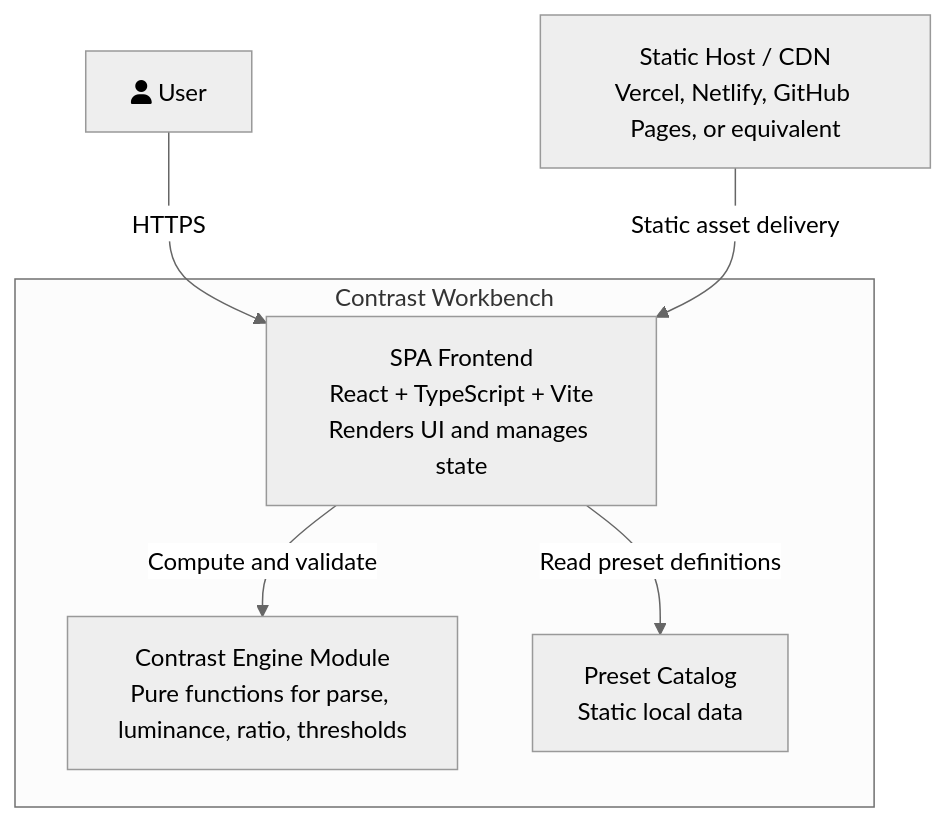
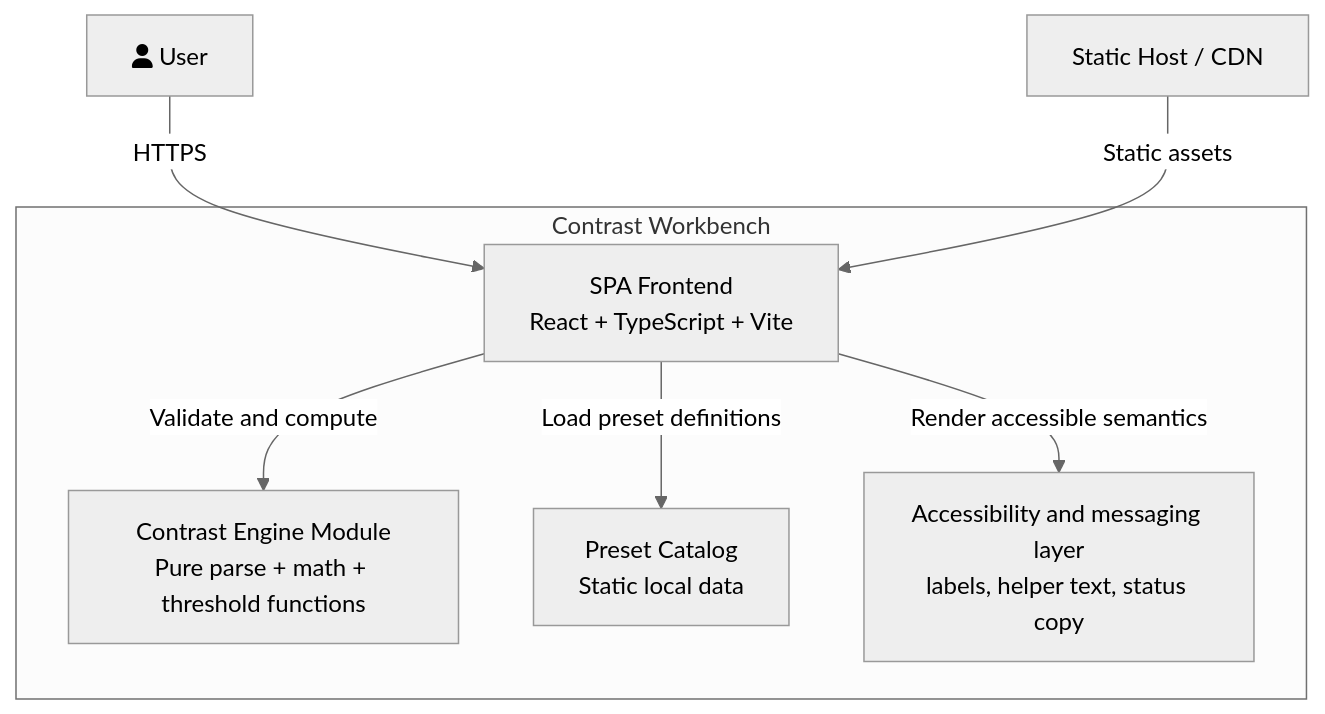
One commit to superiority-claw-agent/contrast-workbench-spark-0606 changed the second of 8 diagrams in docs/architecture/c4.md. Above: the diagram before and after it, drawn with Mermaid (neutral theme). The commit also changed other lines of this file and 26 other files, not shown here.

Commit message:
Implement contrast-workbench-spark-0606 web app

````diff
--- a/docs/architecture/c4.md
+++ b/docs/architecture/c4.md
@@ -30,16 +40,18 @@
 ```mermaid
 graph TD
     User["fa:fa-user User"]
-    Host["Static Host / CDN<br/>Vercel, Netlify, GitHub Pages, or equivalent"]
+    Host["Static Host / CDN"]
 
-    subgraph "Contrast Workbench"
-        SPA["SPA Frontend<br/>React + TypeScript + Vite<br/>Renders UI and manages state"]
-        Engine["Contrast Engine Module<br/>Pure functions for parse, luminance, ratio, thresholds"]
+    subgraph Workbench["Contrast Workbench"]
+        SPA["SPA Frontend<br/>React + TypeScript + Vite"]
+        Engine["Contrast Engine Module<br/>Pure parse + math + threshold functions"]
         Catalog["Preset Catalog<br/>Static local data"]
+        A11y["Accessibility and messaging layer<br/>labels, helper text, status copy"]
     end
 
     User -->|"HTTPS"| SPA
-    Host -->|"Static asset delivery"| SPA
-    SPA -->|"Compute and validate"| Engine
-    SPA -->|"Read preset definitions"| Catalog
+    Host -->|"Static assets"| SPA
+    SPA -->|"Validate and compute"| Engine
+    SPA -->|"Load preset definitions"| Catalog
+    SPA -->|"Render accessible semantics"| A11y
 ```
````
